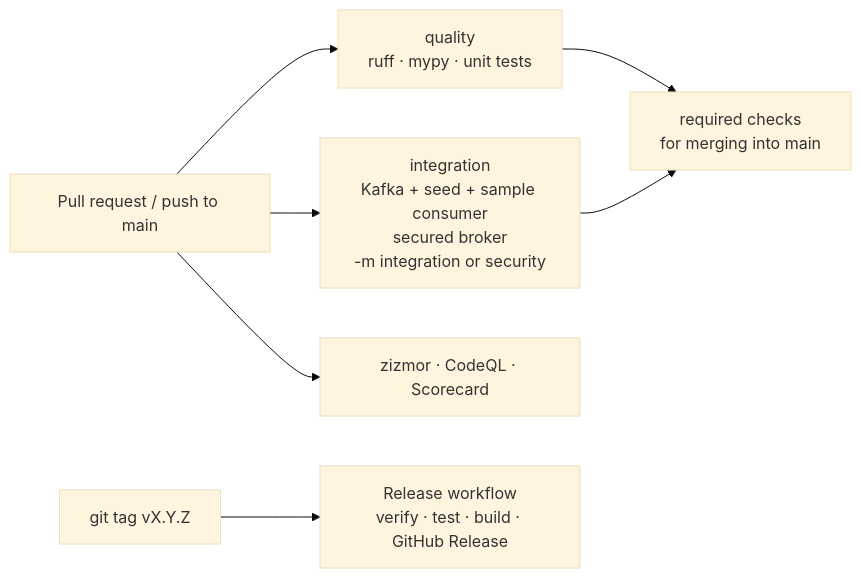
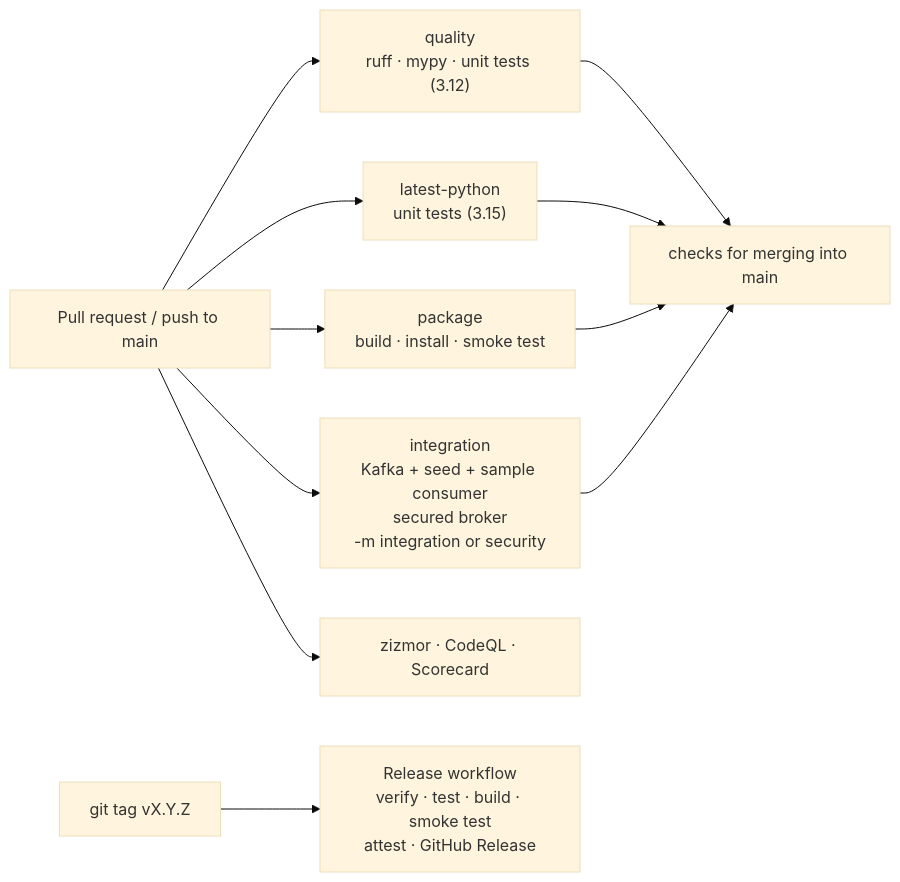
One commit to FVitor7/streamsage changed the second of 3 diagrams in docs/development.md. Above: the diagram before and after it, drawn with Mermaid (base theme). The commit also changed other lines of this file and 11 other files, not shown here.

````diff
--- a/docs/development.md
+++ b/docs/development.md
@@ -106,8 +108,10 @@
 ```mermaid
 flowchart LR
-    pr["Pull request / push to main"] --> q["quality<br/>ruff · mypy · unit tests"]
+    pr["Pull request / push to main"] --> q["quality<br/>ruff · mypy · unit tests (3.12)"]
+    pr --> l["latest-python<br/>unit tests (3.15)"]
+    pr --> p["package<br/>build · install · smoke test"]
     pr --> i["integration<br/>Kafka + seed + sample consumer<br/>secured broker<br/>-m integration or security"]
     pr --> z["zizmor · CodeQL · Scorecard"]
-    q & i --> merge["required checks<br/>for merging into main"]
-    tag["git tag vX.Y.Z"] --> r["Release workflow<br/>verify · test · build · GitHub Release"]
+    q & l & p & i --> merge["checks for merging into main"]
+    tag["git tag vX.Y.Z"] --> r["Release workflow<br/>verify · test · build · smoke test<br/>attest · GitHub Release"]
 ```
````
